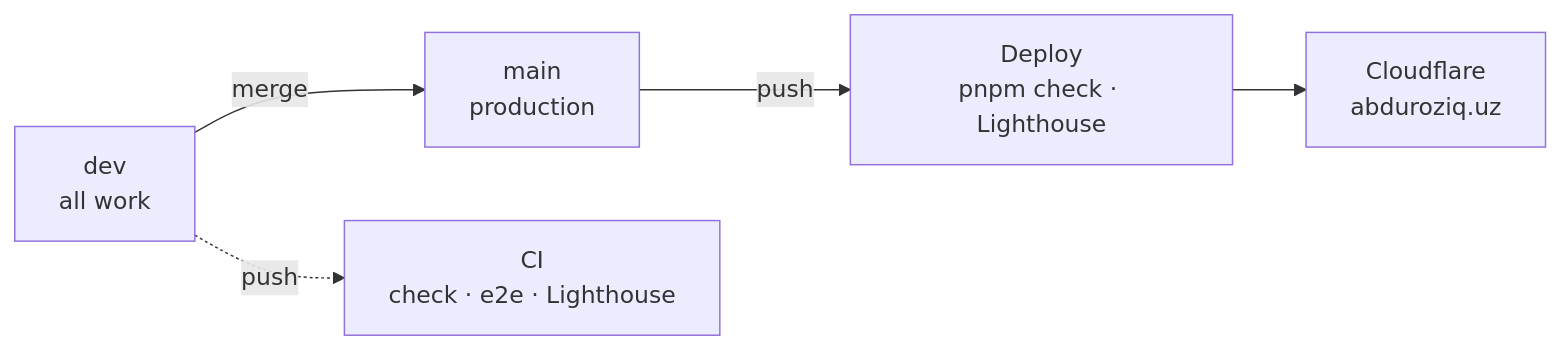
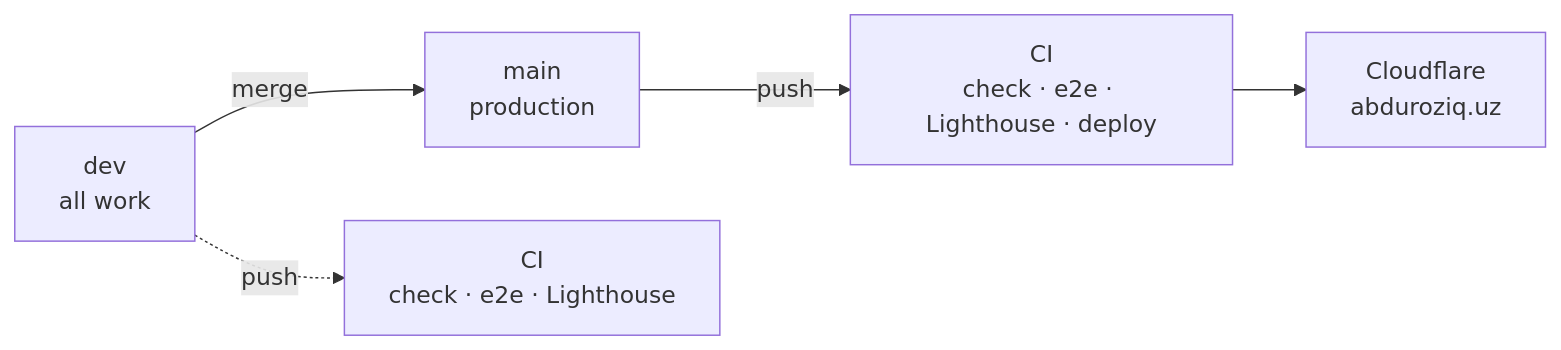
The diagram in README.md (blogchik/abduroziq.uz), drawn with Mermaid before and after one commit. The commit also changed other lines of this file and 10 other files, not shown here.

````diff
--- a/README.md
+++ b/README.md
@@ -153,7 +152,7 @@
 ```mermaid
 flowchart LR
     A["dev<br/>all work"] -->|merge| B["main<br/>production"]
     A -. push .-> C["CI<br/>check · e2e · Lighthouse"]
-    B -->|push| D["Deploy<br/>pnpm check · Lighthouse"]
+    B -->|push| D["CI<br/>check · e2e · Lighthouse · deploy"]
     D --> E["Cloudflare<br/>abduroziq.uz"]
 ```
````
